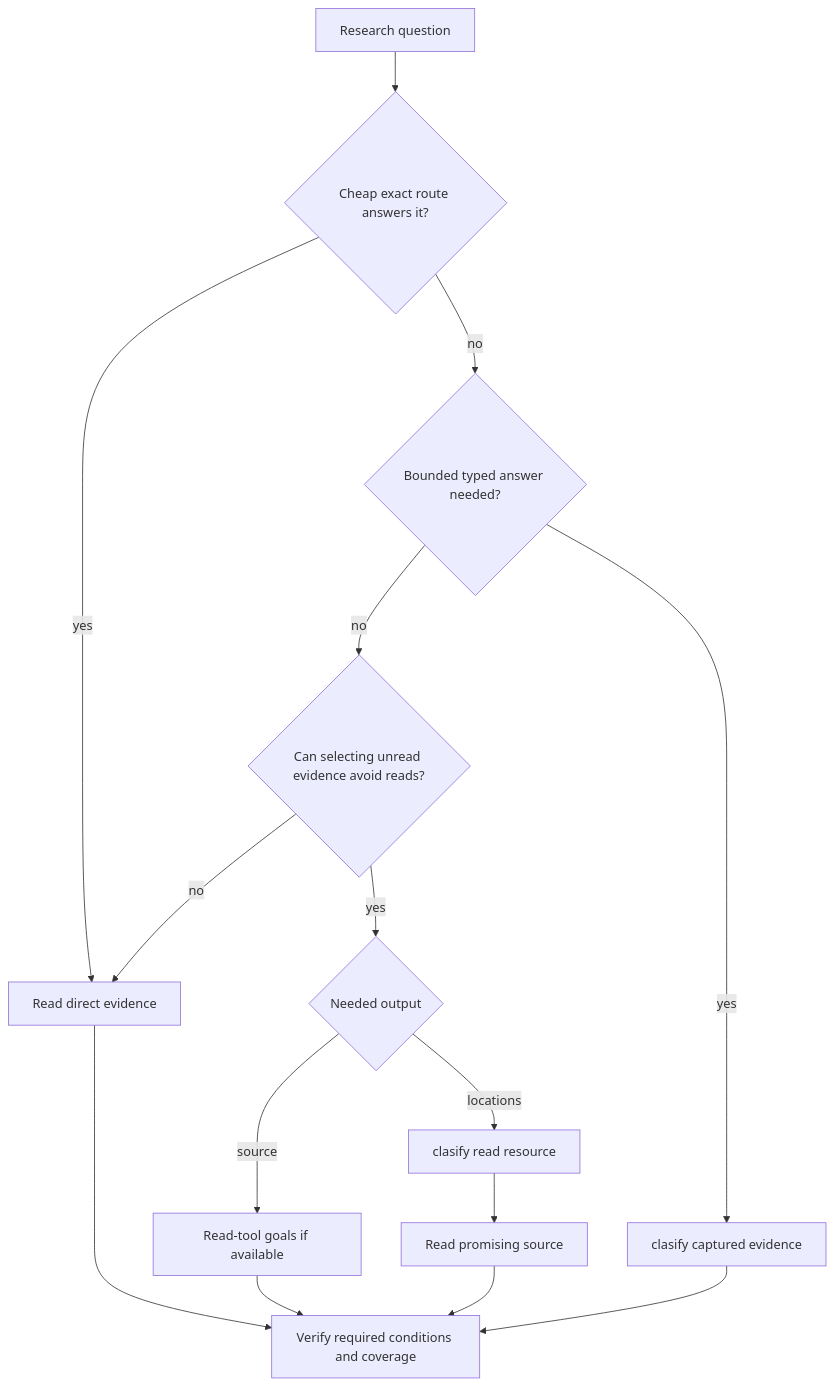
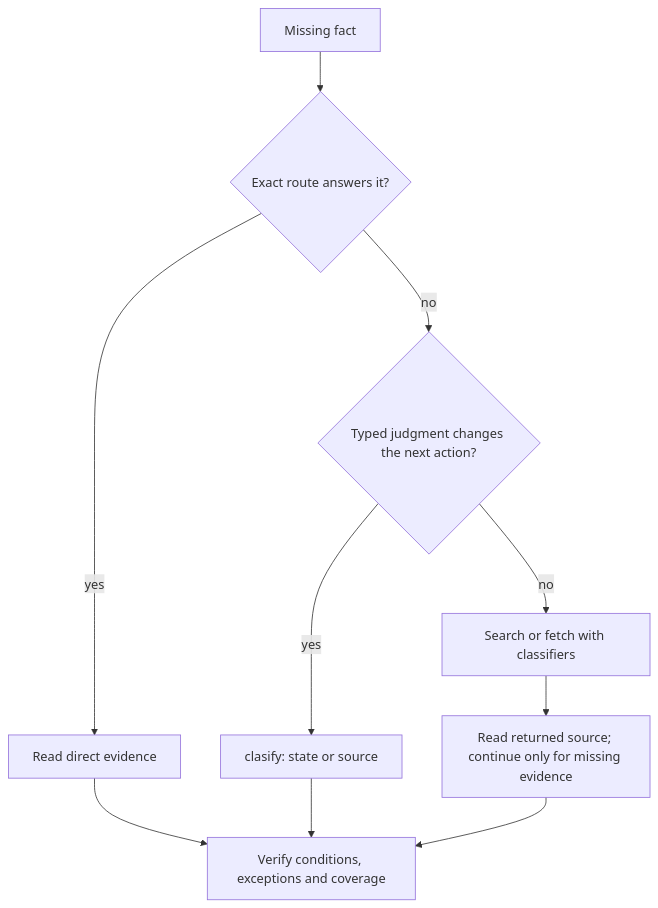
Before and after one commit to bgauryy/octocode-mcp: the first of 2 diagrams in docs/OCTOCODE_CLASIFY.md, drawn with Mermaid. The commit also changed other lines of this file and 980 other files, not shown here.

````diff
--- a/docs/OCTOCODE_CLASIFY.md
+++ b/docs/OCTOCODE_CLASIFY.md
@@ -16,14 +17,10 @@
 ```mermaid
 flowchart TD
-    Q[Research question] --> E{Cheap exact route answers it?}
+    Q[Missing fact] --> E{Exact route answers it?}
     E -- yes --> D[Read direct evidence]
-    E -- no --> T{Bounded typed answer needed?}
-    T -- yes --> J[clasify captured evidence]
-    T -- no --> B{Can selecting unread evidence avoid reads?}
-    B -- no --> D
-    B -- yes --> O{Needed output}
-    O -- source --> G[Read-tool goals if available]
-    O -- locations --> C[clasify read resource]
-    C --> R[Read promising source]
-    D & G & R & J --> V[Verify required conditions and coverage]
+    E -- no --> T{Typed judgment changes the next action?}
+    T -- yes --> J[clasify: state or source]
+    T -- no --> S[Search or fetch with classifiers]
+    S --> R[Read returned source; continue only for missing evidence]
+    D & J & R --> V[Verify conditions, exceptions and coverage]
 ```
````
